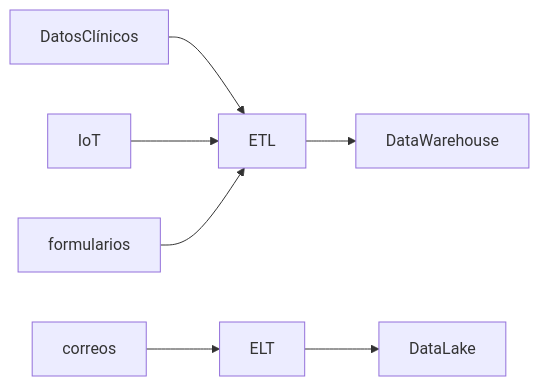
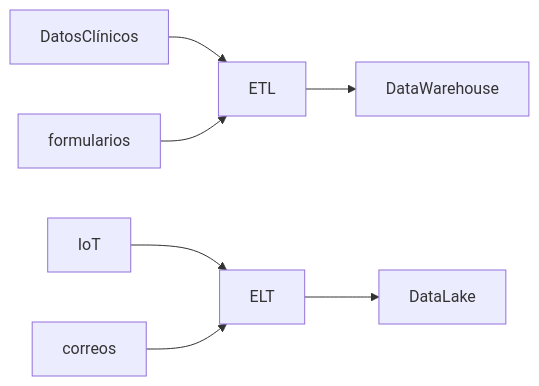
One commit to git-jrm/ing-datos-M5 changed the first of 5 diagrams in README.md. Above: the diagram before and after it, drawn with Mermaid.

````diff
--- a/README.md
+++ b/README.md
@@ -43,9 +43,9 @@
 ```mermaid
 graph LR;
   DatosClínicos-->ETL;
-  IoT-->ETL;
   formularios-->ETL;
+  IoT-->ELT;
   correos-->ELT;
   ETL-->DataWarehouse;
   ELT-->DataLake;
 ```
````
